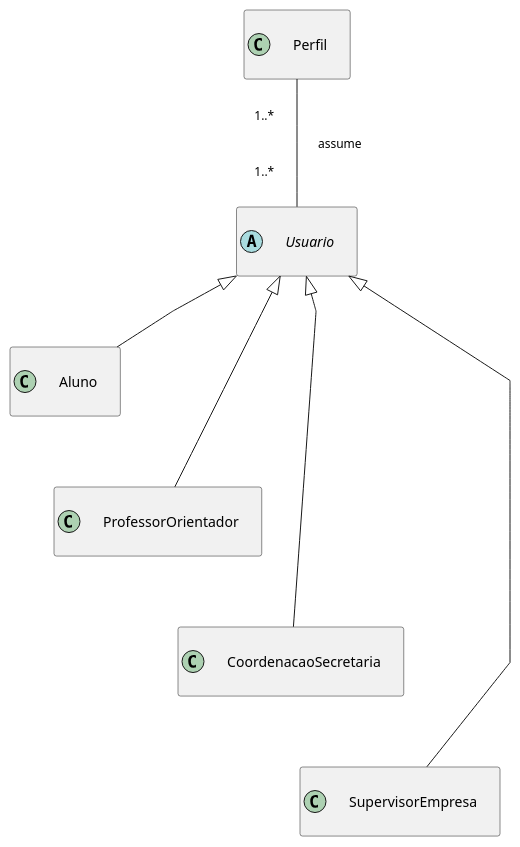
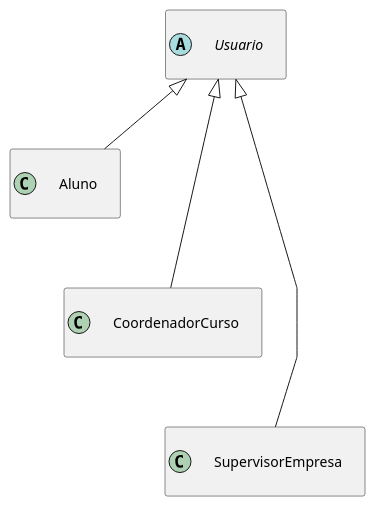
One commit to Projetos-de-Extensao/PBE_26.1_8002_I changed the first of 11 diagrams in docs/Elaboracao/diagrma_de_classes.md. Above: the diagram before and after it, drawn with PlantUML. The commit also changed other lines of this file, not shown here.

Commit message:
docs: ajusta diagrama de classes para coordenador do curso

````diff
--- a/docs/Elaboracao/diagrma_de_classes.md
+++ b/docs/Elaboracao/diagrma_de_classes.md
@@ -34,30 +43,24 @@
 ```puml
 @startuml
 top to bottom direction
 hide empty members
 skinparam classAttributeIconSize 0
 skinparam linetype polyline
 skinparam nodesep 70
 skinparam ranksep 70
 skinparam Padding 20
 skinparam ArrowFontSize 12
 
-class Perfil
 abstract class Usuario
 class Aluno
-class ProfessorOrientador
-class CoordenacaoSecretaria
+class CoordenadorCurso
 class SupervisorEmpresa
 
-Usuario "1..*" -- "1..*" Perfil : assume
 Usuario <|-- Aluno
-Usuario <|-- ProfessorOrientador
-Usuario <|-- CoordenacaoSecretaria
+Usuario <|-- CoordenadorCurso
 Usuario <|-- SupervisorEmpresa
 
-Perfil -[hidden]- Usuario
-Aluno -[hidden]- ProfessorOrientador
-ProfessorOrientador -[hidden]- CoordenacaoSecretaria
-CoordenacaoSecretaria -[hidden]- SupervisorEmpresa
+Aluno -[hidden]- CoordenadorCurso
+CoordenadorCurso -[hidden]- SupervisorEmpresa
 @enduml
 ```
````
